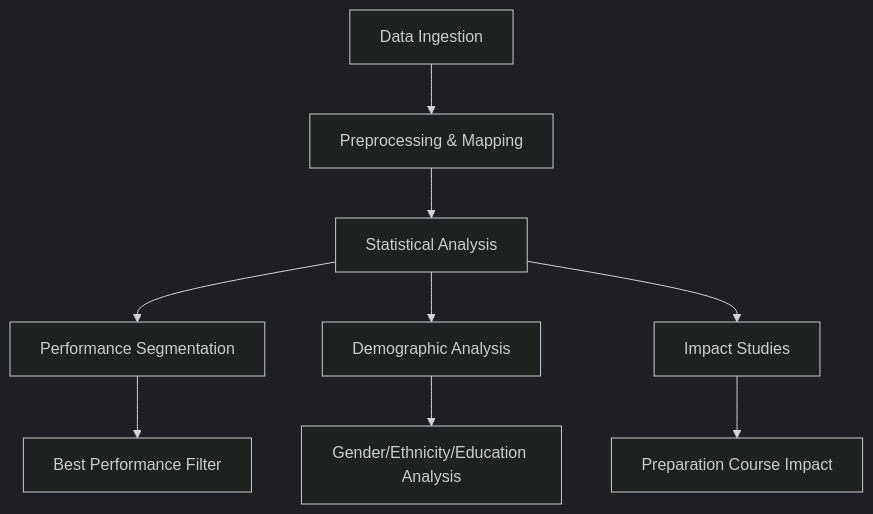
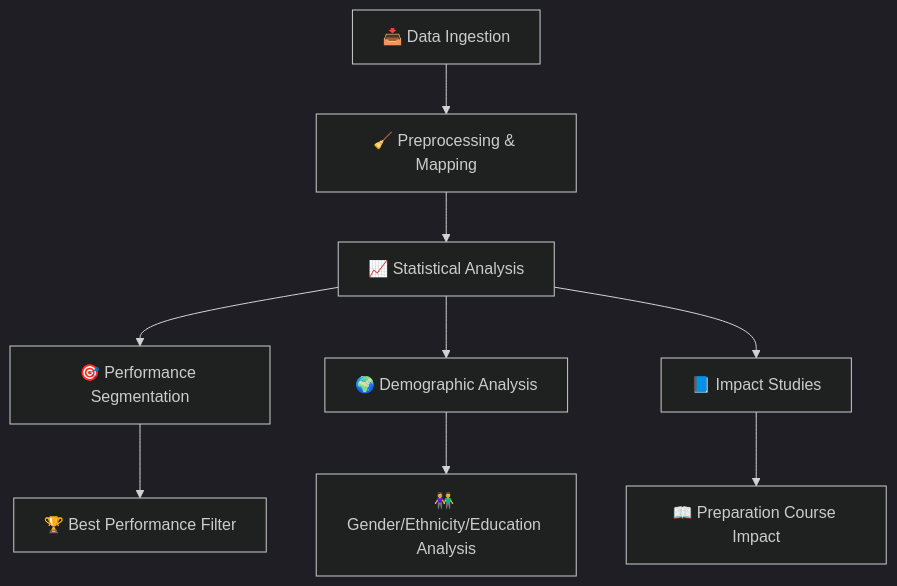
One commit to Mohithavelagapudi/Student-Performance-Analysis-Using-Apache-Spark changed the diagram in README.md. Above: the diagram before and after it, drawn with Mermaid (dark theme). The commit also changed other lines of this file, not shown here.

````diff
--- a/README.md
+++ b/README.md
@@ -31,11 +28,11 @@
 ```mermaid
 graph TD
-    A[Data Ingestion] --> B[Preprocessing & Mapping]
-    B --> C[Statistical Analysis]
-    C --> D[Performance Segmentation]
-    C --> E[Demographic Analysis]
-    C --> F[Impact Studies]
-    D --> G[Best Performance Filter]
-    E --> H[Gender/Ethnicity/Education Analysis]
-    F --> I[Preparation Course Impact]
+    A[📥 Data Ingestion] --> B[🧹 Preprocessing & Mapping]
+    B --> C[📈 Statistical Analysis]
+    C --> D[🎯 Performance Segmentation]
+    C --> E[🌍 Demographic Analysis]
+    C --> F[📘 Impact Studies]
+    D --> G[🏆 Best Performance Filter]
+    E --> H[👫 Gender/Ethnicity/Education Analysis]
+    F --> I[📖 Preparation Course Impact]
 ```
````
